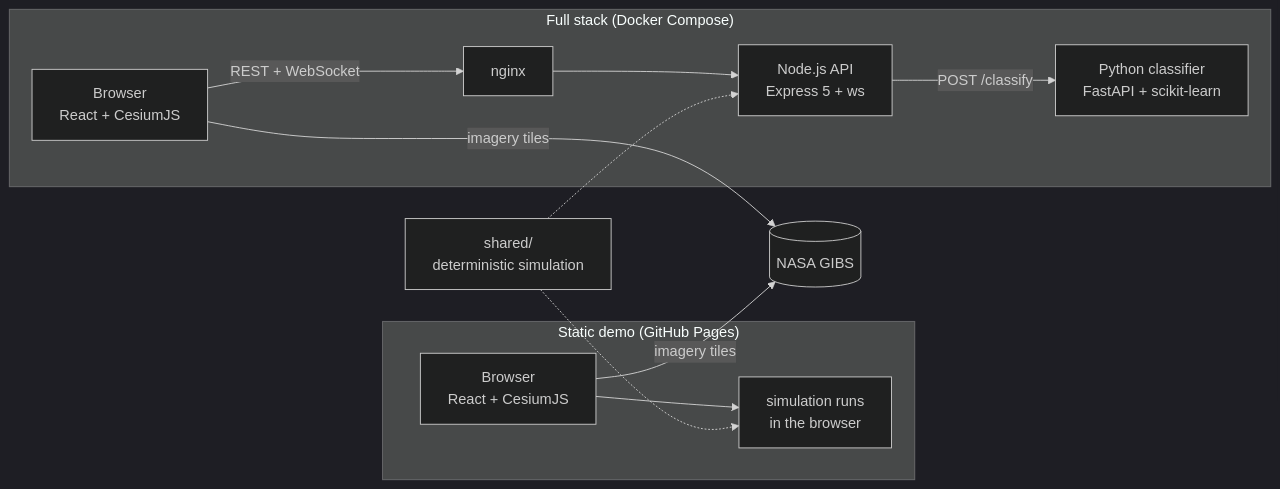
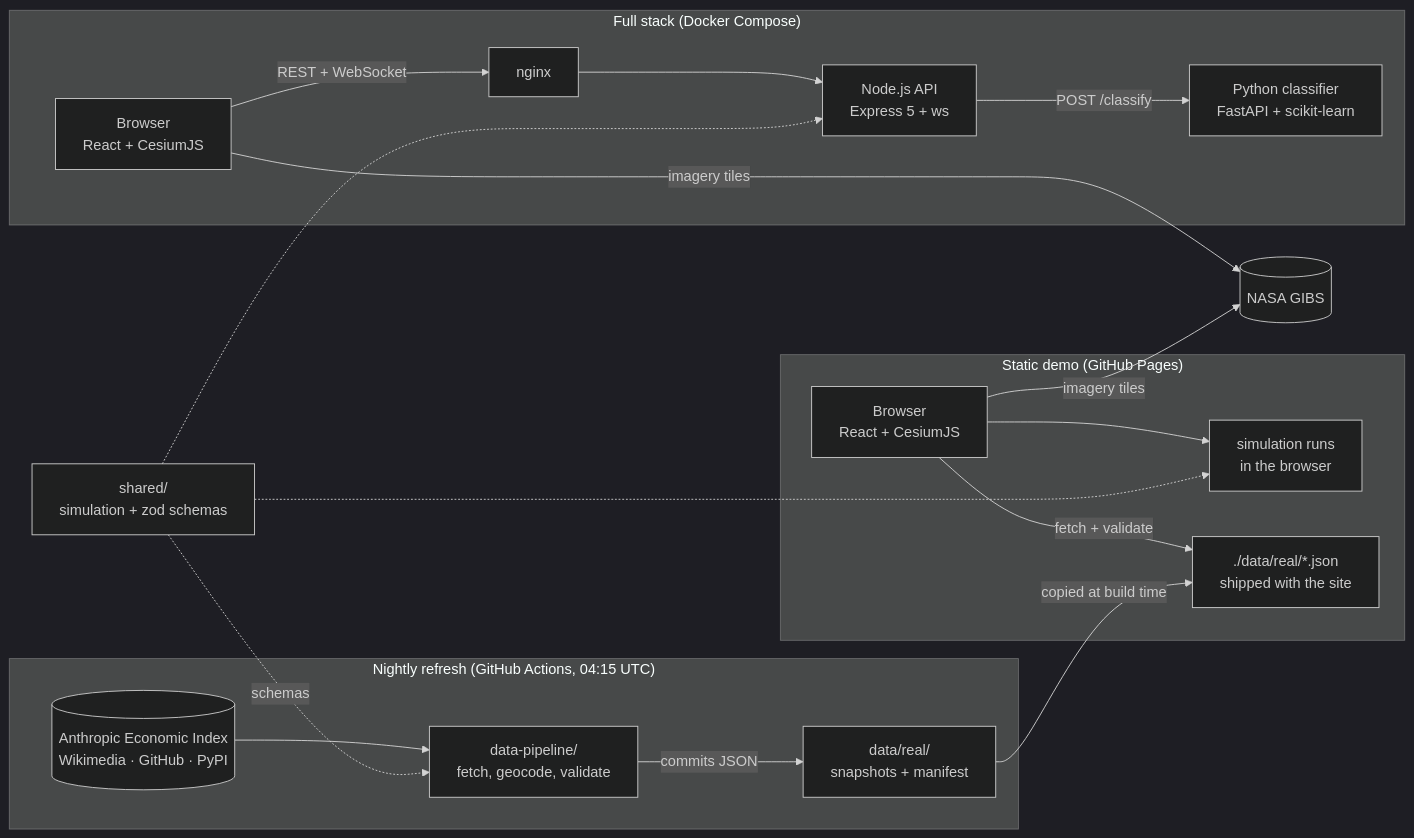
Before and after one commit to bisratasfaw/perai-view: the diagram in README.md, drawn with Mermaid (dark theme). The commit also changed other lines of this file and 96 other files, not shown here.

First line of the commit message:
feat: real data layers from five free public sources

````diff
--- a/README.md
+++ b/README.md
@@ -51,19 +68,27 @@
 ```mermaid
 flowchart LR
-  SHARED["shared/<br/>deterministic simulation"]
+  SHARED["shared/<br/>simulation + zod schemas"]
+
+  subgraph pipeline["Nightly refresh (GitHub Actions, 04:15 UTC)"]
+    SRC[("Anthropic Economic Index<br/>Wikimedia · GitHub · PyPI")] --> PIPE["data-pipeline/<br/>fetch, geocode, validate"]
+    PIPE -- "commits JSON" --> REAL["data/real/<br/>snapshots + manifest"]
+  end
 
   subgraph demo["Static demo (GitHub Pages)"]
     B1["Browser<br/>React + CesiumJS"] --> L1["simulation runs<br/>in the browser"]
+    B1 -- "fetch + validate" --> FILES["./data/real/*.json<br/>shipped with the site"]
   end
 
   subgraph full["Full stack (Docker Compose)"]
     B2["Browser<br/>React + CesiumJS"] -- "REST + WebSocket" --> NGINX["nginx"]
     NGINX --> API["Node.js API<br/>Express 5 + ws"]
     API -- "POST /classify" --> ML["Python classifier<br/>FastAPI + scikit-learn"]
   end
 
   SHARED -.-> L1
   SHARED -.-> API
+  SHARED -. "schemas" .-> PIPE
+  REAL -- "copied at build time" --> FILES
   B1 -- "imagery tiles" --> GIBS[("NASA GIBS")]
   B2 -- "imagery tiles" --> GIBS
 ```
````
